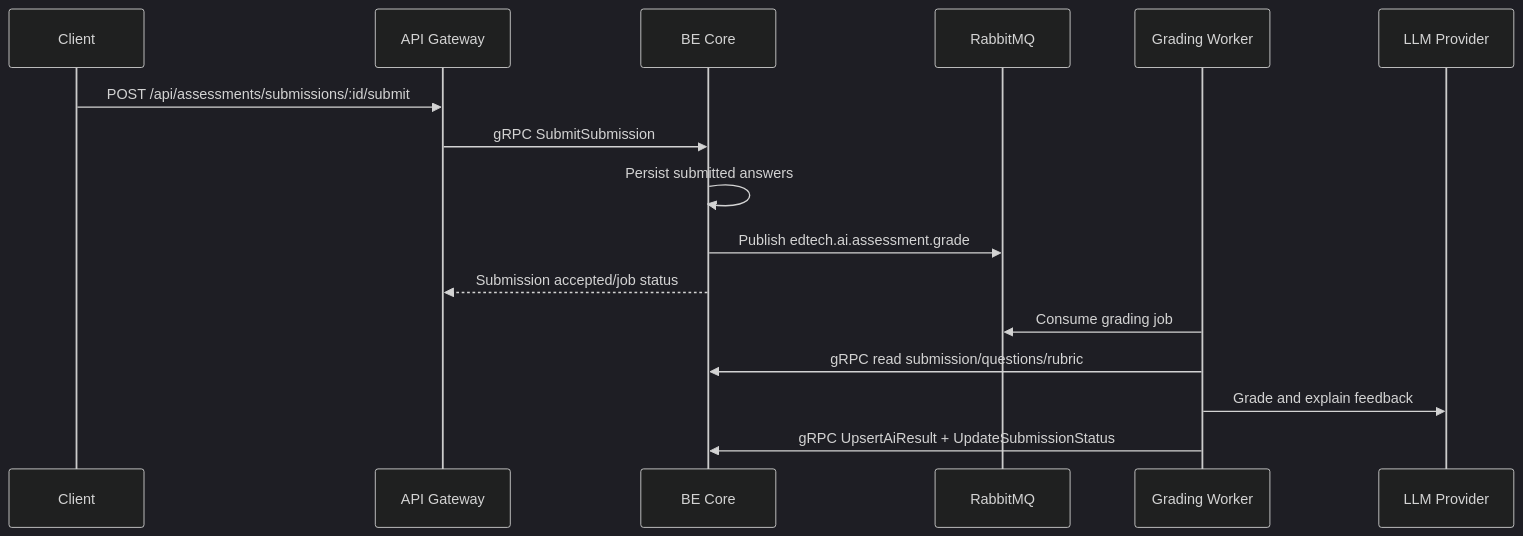
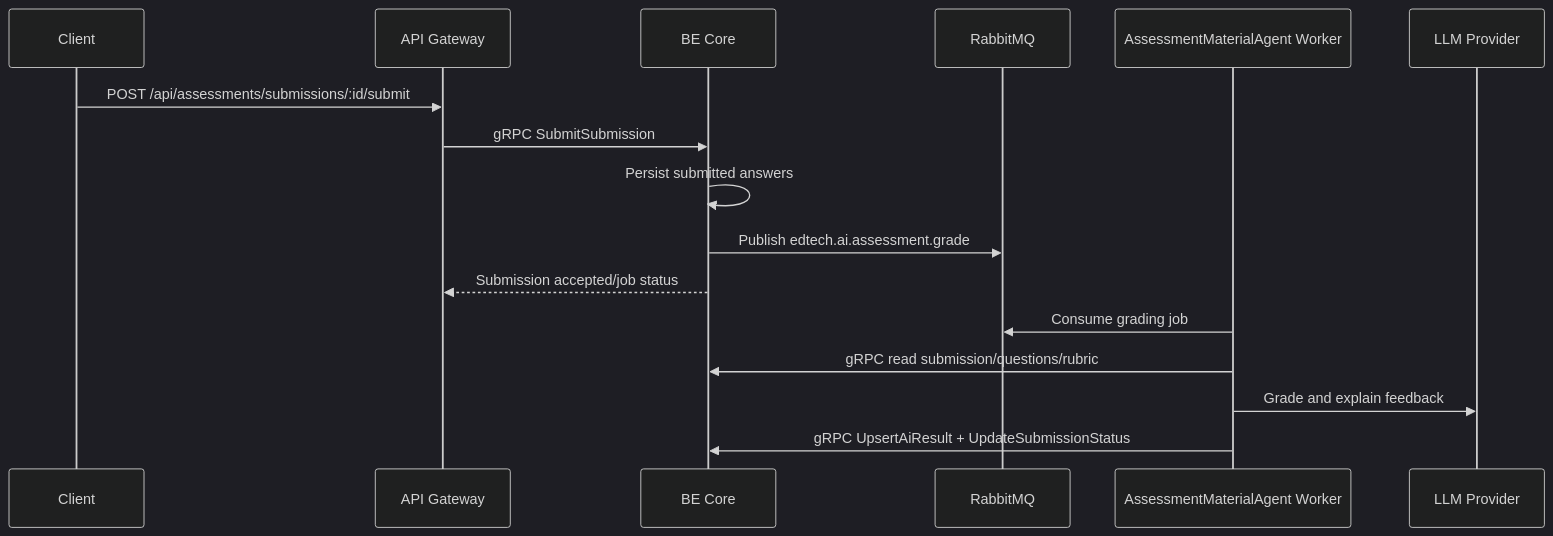
Before and after one commit to Tanh1603/EdTech: the third of 4 diagrams in docs/ai-service/runtime-flows.md, drawn with Mermaid (dark theme). The commit also changed other lines of this file and 36 other files, not shown here.

````diff
--- a/docs/ai-service/runtime-flows.md
+++ b/docs/ai-service/runtime-flows.md
@@ -71,19 +73,19 @@
 ```mermaid
 sequenceDiagram
   participant C as Client
   participant G as API Gateway
   participant B as BE Core
   participant R as RabbitMQ
-  participant W as Grading Worker
+  participant W as AssessmentMaterialAgent Worker
   participant L as LLM Provider
 
   C->>G: POST /api/assessments/submissions/:id/submit
   G->>B: gRPC SubmitSubmission
   B->>B: Persist submitted answers
   B->>R: Publish edtech.ai.assessment.grade
   B-->>G: Submission accepted/job status
   W->>R: Consume grading job
   W->>B: gRPC read submission/questions/rubric
   W->>L: Grade and explain feedback
   W->>B: gRPC UpsertAiResult + UpdateSubmissionStatus
 ```
````
